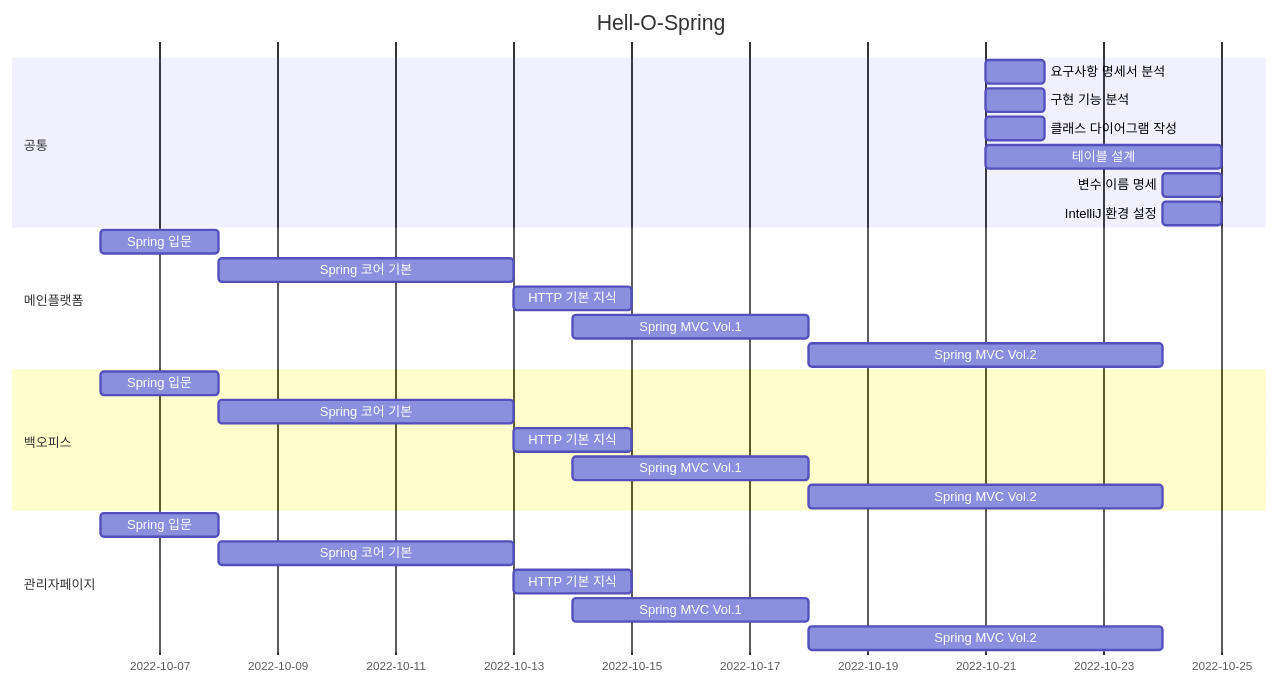
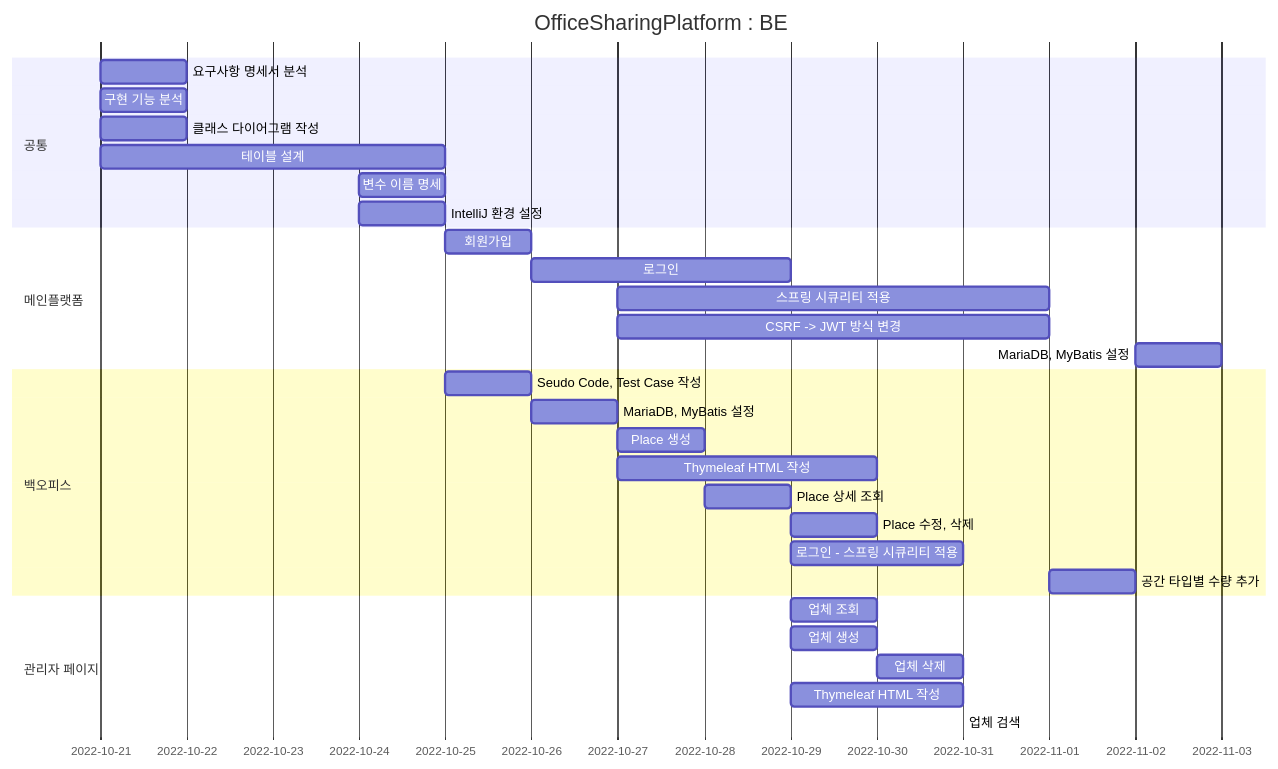
The diagram in README.md (Hell-O-Demon-World/semi-OfficeSharingPlatform), drawn with Mermaid before and after one commit.

Commit message:
update : README

````diff
--- a/README.md
+++ b/README.md
@@ -9,36 +9,38 @@
 ```mermaid
 gantt
-dateFormat YYYY-MM-DD
-title Hell-O-Spring
+dateFormat MM-DD
+title OfficeSharingPlatform : BE
 
     section 공통
-    요구사항 명세서 분석  :chap1, 2022-10-21, 1d
-    구현 기능 분석      :chap2, 2022-10-21, 1d
-    클래스 다이어그램 작성 :chap3, 2022-10-21, 1d 
-    테이블 설계         :chap4, 2022-10-21, 4d
-    변수 이름 명세       :chap5, 2022-10-24, 1d
-    IntelliJ 환경 설정  :chap6, 2022-10-24, 1d
+    요구사항 명세서 분석      :chap1, 10-21, 1d
+    구현 기능 분석          :chap2, 10-21, 1d
+    클래스 다이어그램 작성    :chap3, 10-21, 1d 
+    테이블 설계            :chap4, 10-21, 4d
+    변수 이름 명세          :chap5, 10-24, 1d
+    IntelliJ 환경 설정     :chap6, 10-24, 1d
 
     section 메인플랫폼
-    Spring 입문       :chap1, 2022-10-06, 2d
-    Spring 코어 기본   :chap2, 2022-10-08, 5d
-    HTTP 기본 지식     :chap3, 2022-10-13, 2d
-    Spring MVC Vol.1  :chap4, 2022-10-14, 4d
-    Spring MVC Vol.2  :chap5, 2022-10-18, 6d
+    회원가입                :chap1, 10-25, 1d
+    로그인                 :chap2, 10-26, 3d
+    스프링 시큐리티 적용       :chap3, 10-27, 11-01
+    CSRF -> JWT 방식 변경   :chap4, 10-27, 11-01
+    MariaDB, MyBatis 설정 :chap5, 11-02, 1d
     
     section 백오피스
-    Spring 입문       :chap1, 2022-10-06, 2d
-    Spring 코어 기본   :chap2, 2022-10-08, 5d
-    HTTP 기본 지식     :chap3, 2022-10-13, 2d
-    Spring MVC Vol.1  :chap4, 2022-10-14, 4d
-    Spring MVC Vol.2  :chap5, 2022-10-18, 6d
+    Seudo Code, Test Case 작성    :chap1, 10-25, 1d
+    MariaDB, MyBatis 설정         :chap2, 10-26, 1d
+    Place 생성                    :chap3, 10-27, 1d
+    Thymeleaf HTML 작성           :chap4, 10-27, 10-30
+    Place 상세 조회                :chap5, 10-28, 1d
+    Place 수정, 삭제               :chap6, 10-29, 1d
+    로그인 - 스프링 시큐리티 적용       :chap7, 10-29, 10-31
+    공간 타입별 수량 추가             :chap8, 11-01, 11-02
     
-    section 관리자페이지
-    Spring 입문       :chap1, 2022-10-06, 2d
-    Spring 코어 기본   :chap2, 2022-10-08, 5d
-    HTTP 기본 지식     :chap3, 2022-10-13, 2d
-    Spring MVC Vol.1  :chap4, 2022-10-14, 4d
-    Spring MVC Vol.2  :chap5, 2022-10-18, 6d
-    
+    section 관리자 페이지
+    업체 조회              :chap1, 10-29, 1d
+    업체 생성              :chap2, 10-29, 1d
+    업체 삭제              :chap3, 10-30, 1d
+    Thymeleaf HTML 작성   :chap4, 10-29, 10-31
+    업체 검색              :chap5, 10-31, 10-31
     
 ```
````
